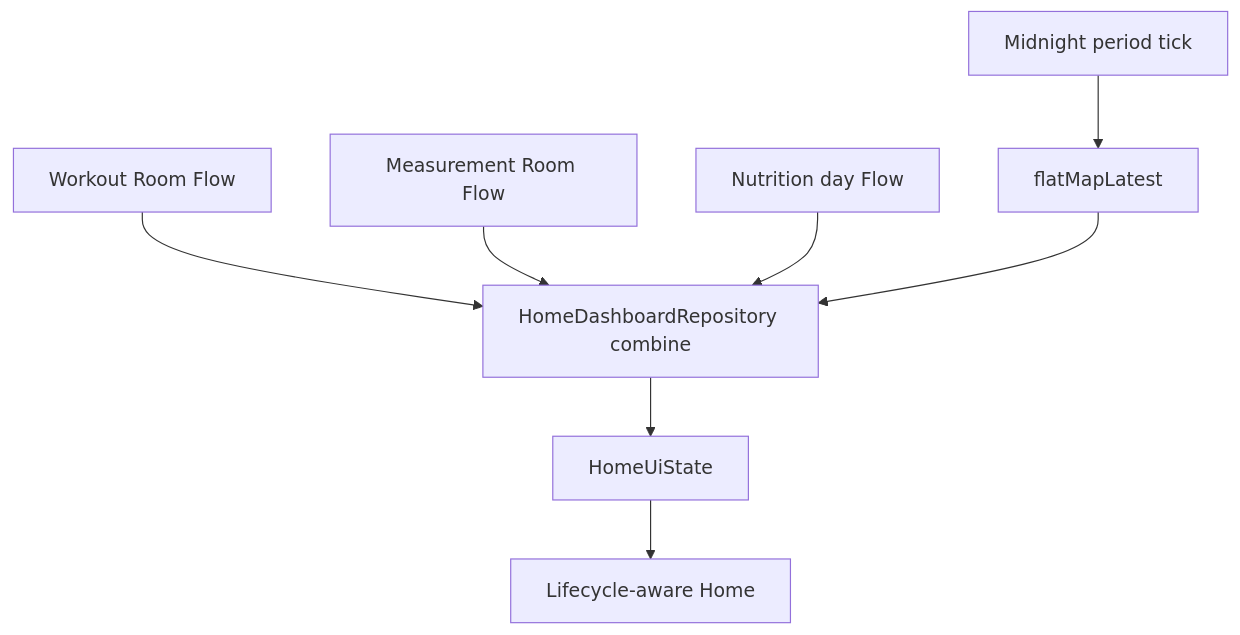
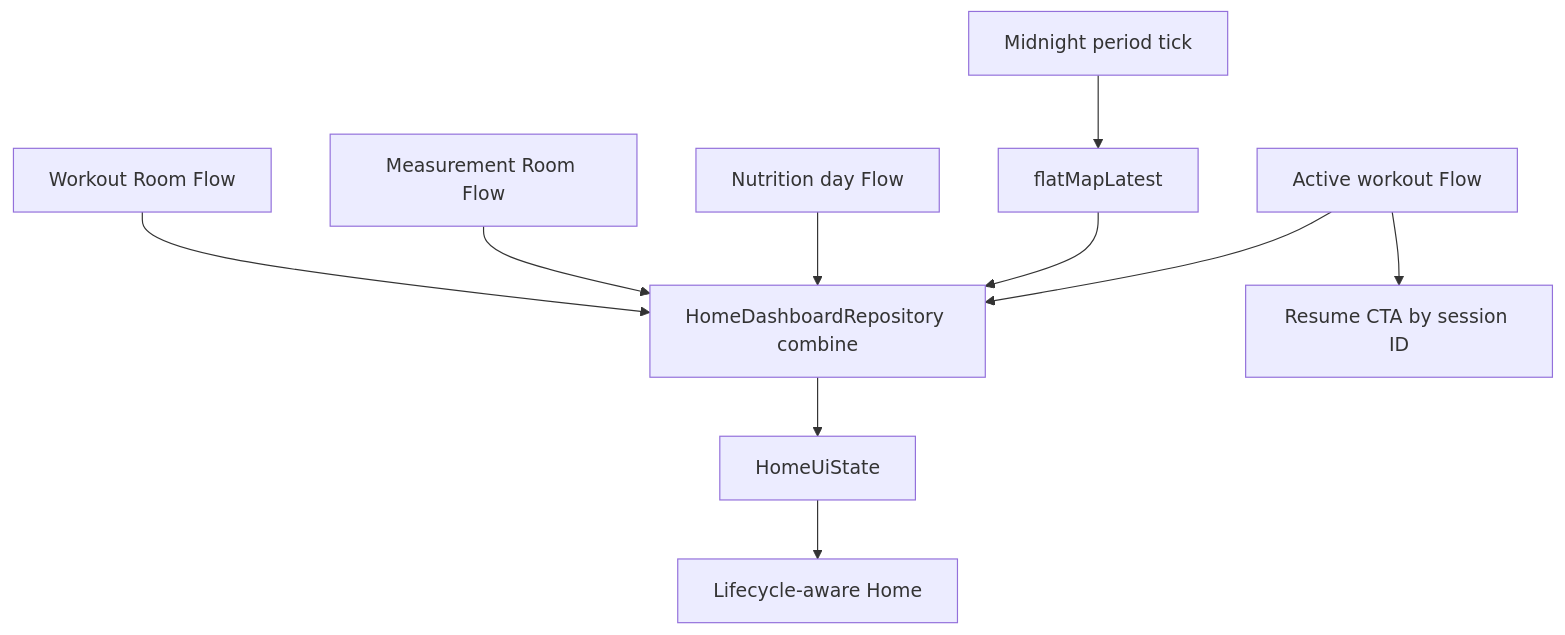
Before and after one commit to MehmetKucukOfficial/GymTracker: the diagram in docs/obsidian/architecture/ARCH_STATE_DATA_FLOW.md, drawn with Mermaid. The commit also changed other lines of this file and 28 other files, not shown here.

Commit message:
feat: add workout session lifecycle

````diff
--- a/docs/obsidian/architecture/ARCH_STATE_DATA_FLOW.md
+++ b/docs/obsidian/architecture/ARCH_STATE_DATA_FLOW.md
@@ -36,10 +36,12 @@
 ```mermaid
 flowchart TD
     W[Workout Room Flow] --> R[HomeDashboardRepository combine]
     M[Measurement Room Flow] --> R
     N[Nutrition day Flow] --> R
     T[Midnight period tick] --> F[flatMapLatest]
     F --> R
     R --> U[HomeUiState]
     U --> UI[Lifecycle-aware Home]
+    A[Active workout Flow] --> R
+    A --> CTA[Resume CTA by session ID]
 ```
````
